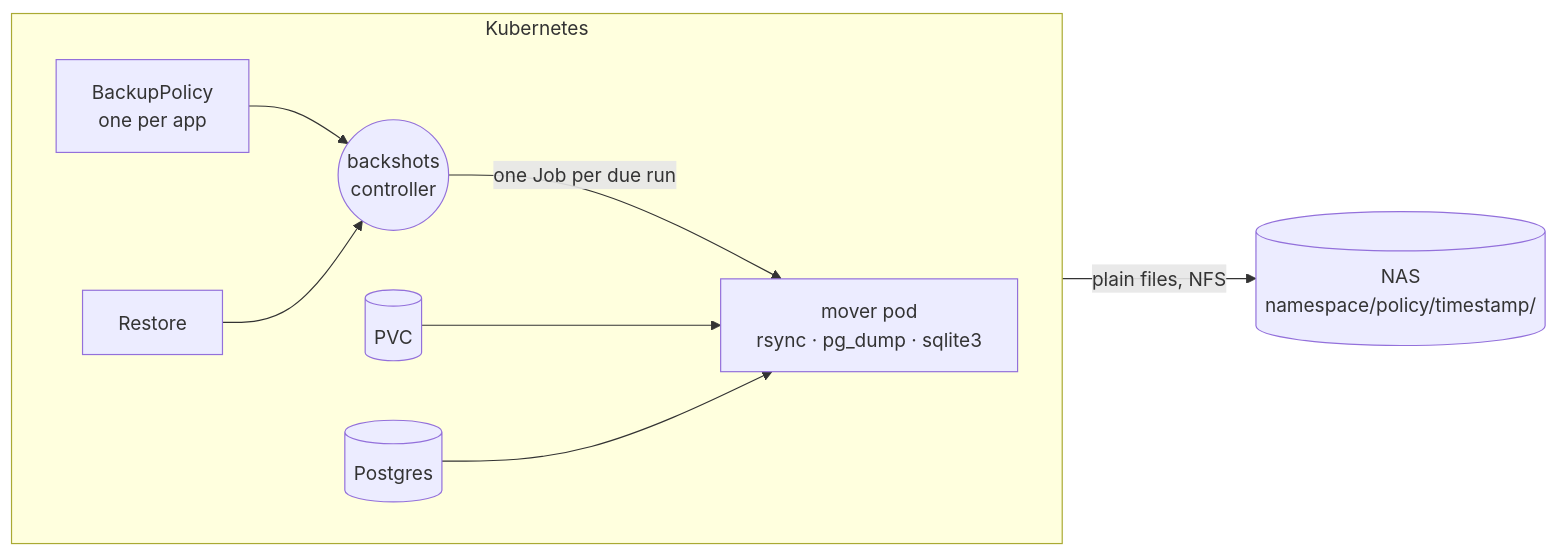
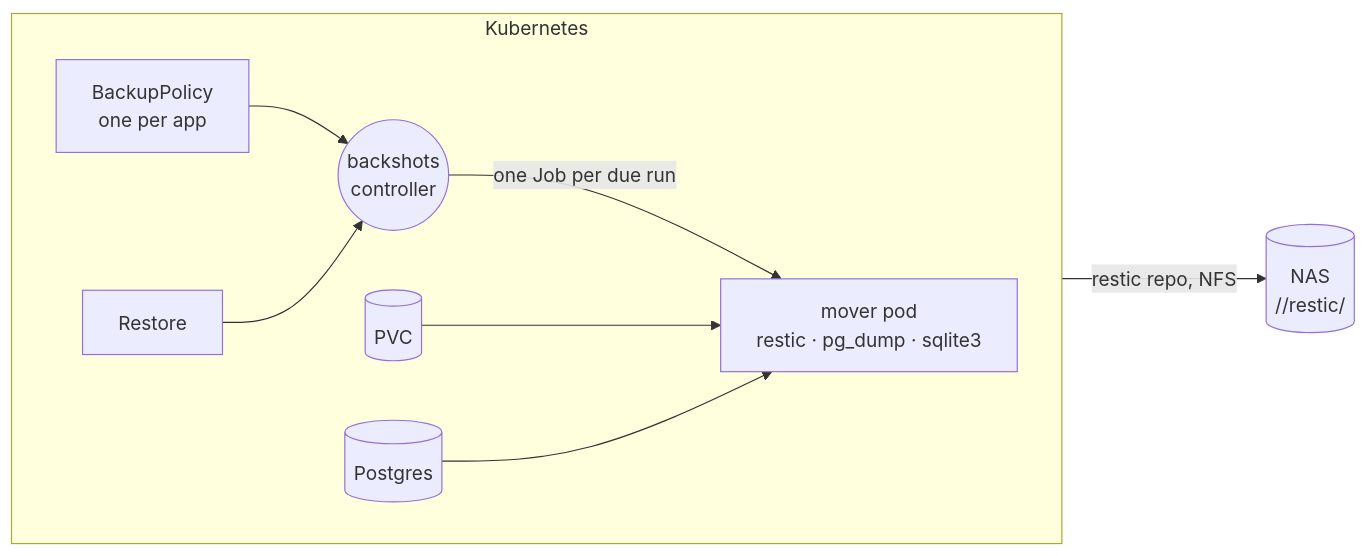
Before and after one commit to willuhmjs/heirloom: the diagram in README.md, drawn with Mermaid. The commit also changed other lines of this file and 13 other files, not shown here.

````diff
--- a/README.md
+++ b/README.md
@@ -143,12 +152,12 @@
 ```mermaid
 flowchart LR
   subgraph k8s[Kubernetes]
     direction LR
     P[BackupPolicy<br/>one per app] --> C((backshots<br/>controller))
     R[Restore] --> C
-    C -- "one Job per due run" --> J["mover pod<br/>rsync · pg_dump · sqlite3"]
+    C -- "one Job per due run" --> J["mover pod<br/>restic · pg_dump · sqlite3"]
     V[(PVC)] --> J
     D[(Postgres)] --> J
   end
-  J -- "plain files, NFS" --> N[("NAS<br/>namespace/policy/timestamp/")]
+  J -- "restic repo, NFS" --> N[("NAS<br/><namespace>/<policy>/restic/")]
 ```
````
